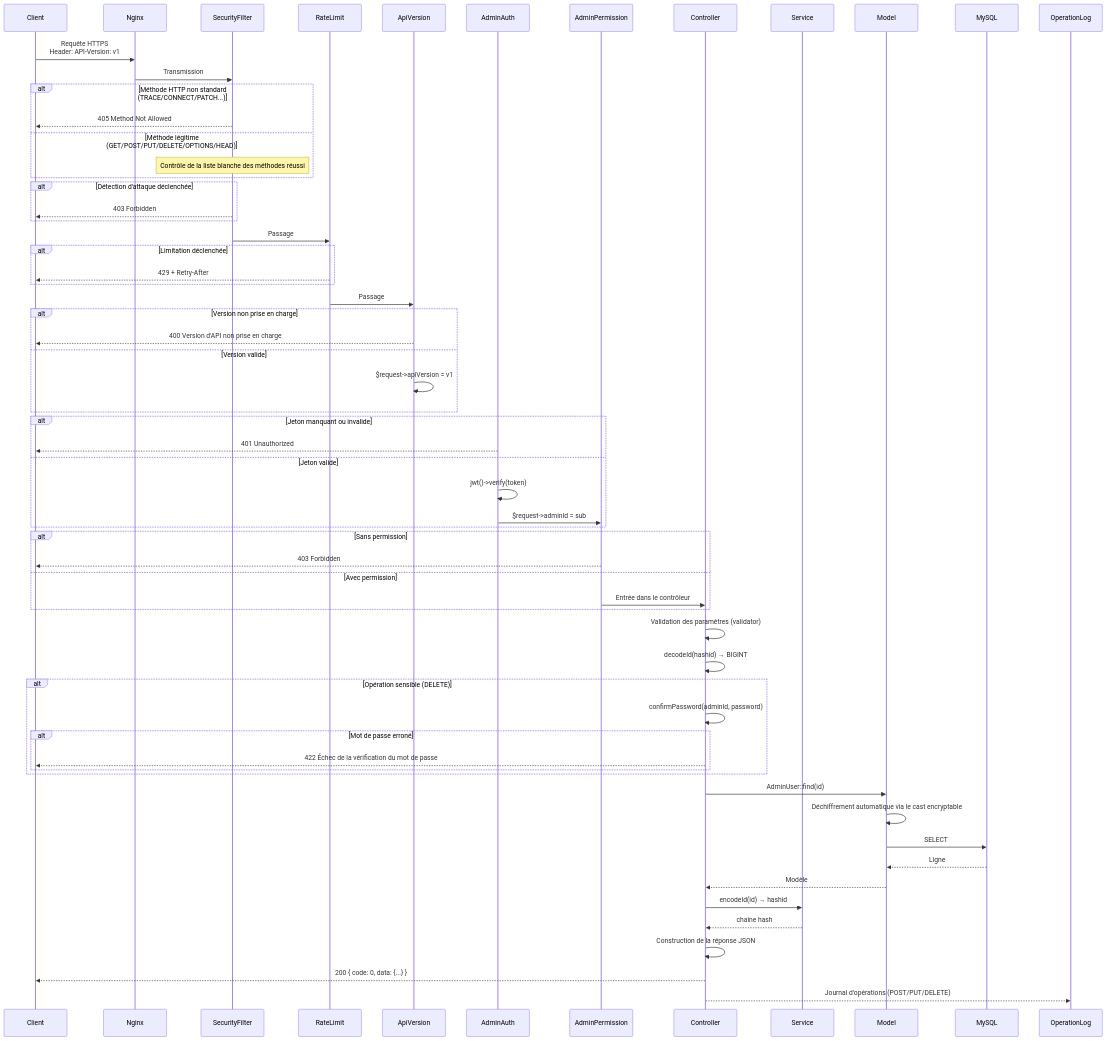
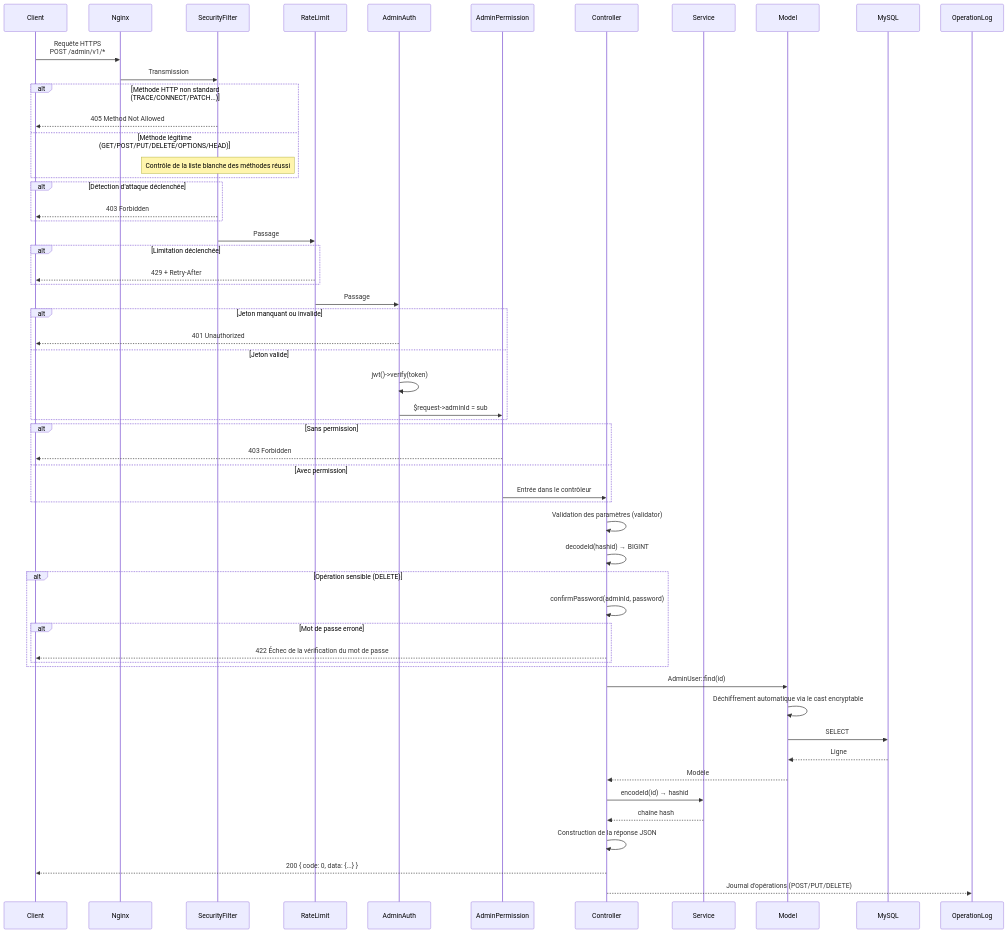
Before and after one commit to erikwang2013/game-platform-php: the third of 14 diagrams in admin/docs/ARCHITECTURE.fr.md, drawn with Mermaid. The commit also changed other lines of this file and 93 other files, not shown here.

````diff
--- a/admin/docs/ARCHITECTURE.fr.md
+++ b/admin/docs/ARCHITECTURE.fr.md
@@ -159,78 +153,71 @@
 ```mermaid
 sequenceDiagram
     participant C as Client
     participant N as Nginx
     participant MW_SF as SecurityFilter
     participant MW_RL as RateLimit
-    participant MW0 as ApiVersion
     participant MW1 as AdminAuth
     participant MW2 as AdminPermission
     participant CTL as Controller
     participant SVC as Service
     participant MDL as Model
     participant DB as MySQL
     participant OPLOG as OperationLog
 
-    C->>N: Requête HTTPS<br/>Header: API-Version: v1
+    C->>N: Requête HTTPS<br/>POST /admin/v1/*
     N->>MW_SF: Transmission
 
     alt Méthode HTTP non standard (TRACE/CONNECT/PATCH...)
         MW_SF-->>C: 405 Method Not Allowed
     else Méthode légitime (GET/POST/PUT/DELETE/OPTIONS/HEAD)
         Note over MW_SF: Contrôle de la liste blanche des méthodes réussi
     end
 
     alt Détection d'attaque déclenchée
         MW_SF-->>C: 403 Forbidden
     end
 
     MW_SF->>MW_RL: Passage
 
     alt Limitation déclenchée
         MW_RL-->>C: 429 + Retry-After
     end
 
-    MW_RL->>MW0: Passage
-
-    alt Version non prise en charge
-        MW0-->>C: 400 Version d'API non prise en charge
-    else Version valide
-        MW0->>MW0: $request->apiVersion = v1
-    end
+    MW_RL->>MW1: Passage
 
     alt Jeton manquant ou invalide
         MW1-->>C: 401 Unauthorized
     else Jeton valide
         MW1->>MW1: jwt()->verify(token)
         MW1->>MW2: $request->adminId = sub
     end
 
     alt Sans permission
         MW2-->>C: 403 Forbidden
     else Avec permission
         MW2->>CTL: Entrée dans le contrôleur
     end
 
     CTL->>CTL: Validation des paramètres (validator)
     CTL->>CTL: decodeId(hashid) → BIGINT
 
     alt Opération sensible (DELETE)
         CTL->>CTL: confirmPassword(adminId, password)
         alt Mot de passe erroné
             CTL-->>C: 422 Échec de la vérification du mot de passe
         end
     end
 
     CTL->>MDL: AdminUser::find(id)
     MDL->>MDL: Déchiffrement automatique via le cast encryptable
     MDL->>DB: SELECT
     DB-->>MDL: Ligne
     MDL-->>CTL: Modèle
 
     CTL->>SVC: encodeId(id) → hashid
     SVC-->>CTL: chaîne hash
 
     CTL->>CTL: Construction de la réponse JSON
     CTL-->>C: 200 { code: 0, data: {...} }
     CTL-->>OPLOG: Journal d'opérations (POST/PUT/DELETE)
 ```
````
